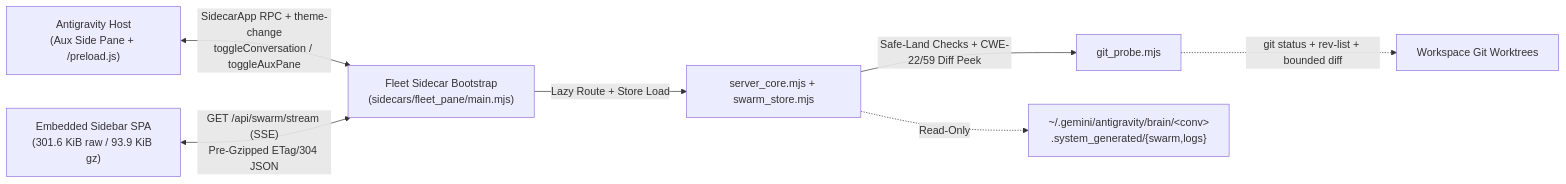
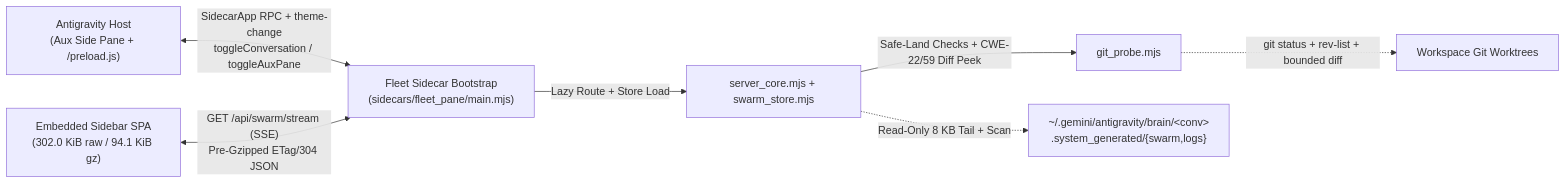
Before and after one commit to cayleb-james2008/dsh-fleet: the diagram in README.md, drawn with Mermaid. The commit also changed other lines of this file and 31 other files, not shown here.

````diff
--- a/README.md
+++ b/README.md
@@ -82,9 +82,9 @@
 ```mermaid
 flowchart LR
     Host["Antigravity Host<br/>(Aux Side Pane + /preload.js)"] <-->|"SidecarApp RPC + theme-change<br/>toggleConversation / toggleAuxPane"| Backend["Fleet Sidecar Bootstrap<br/>(sidecars/fleet_pane/main.mjs)"]
-    UI["Embedded Sidebar SPA<br/>(301.6 KiB raw / 93.9 KiB gz)"] <-->|"GET /api/swarm/stream (SSE)<br/>Pre-Gzipped ETag/304 JSON"| Backend
+    UI["Embedded Sidebar SPA<br/>(302.0 KiB raw / 94.1 KiB gz)"] <-->|"GET /api/swarm/stream (SSE)<br/>Pre-Gzipped ETag/304 JSON"| Backend
     Backend -->|"Lazy Route + Store Load"| Core["server_core.mjs + swarm_store.mjs"]
     Core -->|"Safe-Land Checks + CWE-22/59 Diff Peek"| Git["git_probe.mjs"]
-    Core -.->|"Read-Only"| Brain["~/.gemini/antigravity/brain/&lt;conv&gt;<br/>.system_generated/{swarm,logs}"]
+    Core -.->|"Read-Only 8 KB Tail + Scan"| Brain["~/.gemini/antigravity/brain/&lt;conv&gt;<br/>.system_generated/{swarm,logs}"]
     Git -.->|"git status + rev-list + bounded diff"| WT["Workspace Git Worktrees"]
 ```
````
